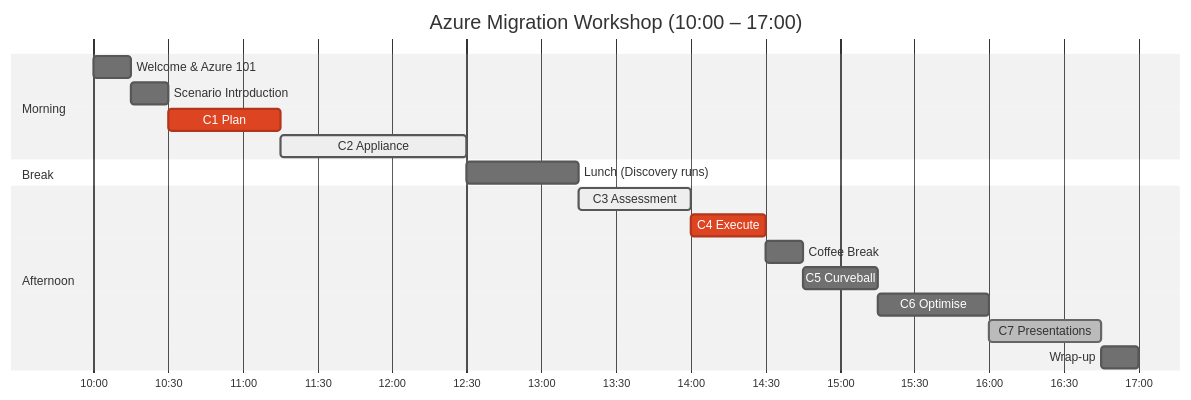
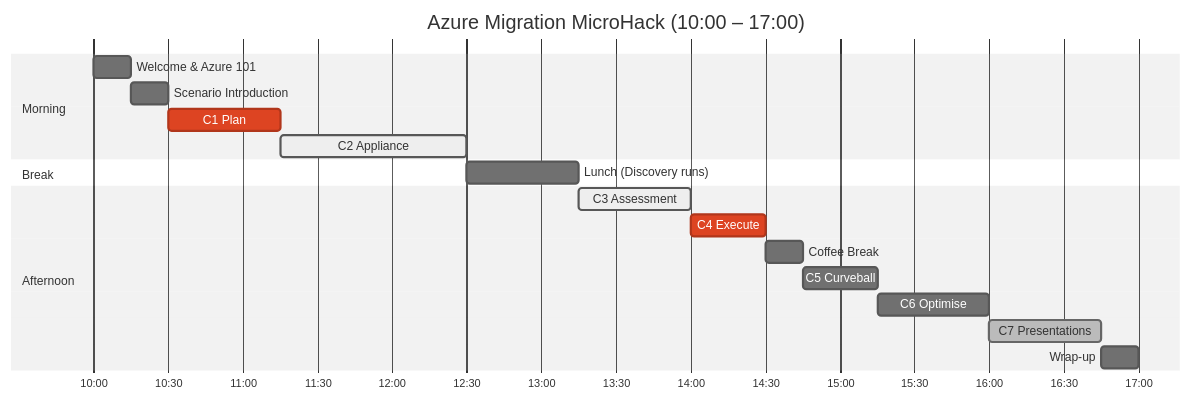
The diagram in site/src/content/docs/about/agenda.md (jonathan-vella/microhack-azure-migrate), drawn with Mermaid before and after one commit. The commit also changed 36 other files, not shown here.

First line of the commit message:
feat: add footer component with mermaid support and 404 page template

````diff
--- a/site/src/content/docs/about/agenda.md
+++ b/site/src/content/docs/about/agenda.md
@@ -19,22 +19,22 @@
 ```mermaid
 %%{init: {'theme':'neutral'}}%%
 gantt
-  title Azure Migration Workshop (10:00 – 17:00)
+  title Azure Migration MicroHack (10:00 – 17:00)
   dateFormat HH:mm
   axisFormat %H:%M
   section Morning
       Welcome & Azure 101       :welcome, 10:00, 15m
       Scenario Introduction     :scenario, 10:15, 15m
       C1 Plan                   :crit, c1, 10:30, 45m
       C2 Appliance              :active, c2, 11:15, 75m
   section Break
       Lunch (Discovery runs)    :lunch, 12:30, 45m
   section Afternoon
       C3 Assessment             :active, c3, 13:15, 45m
       C4 Execute                :crit, c4, 14:00, 30m
       Coffee Break              :break, 14:30, 15m
       C5 Curveball              :c5, 14:45, 30m
       C6 Optimise               :c6, 15:15, 45m
       C7 Presentations          :done, c7, 16:00, 45m
       Wrap-up                   :wrapup, 16:45, 15m
 ```
````
